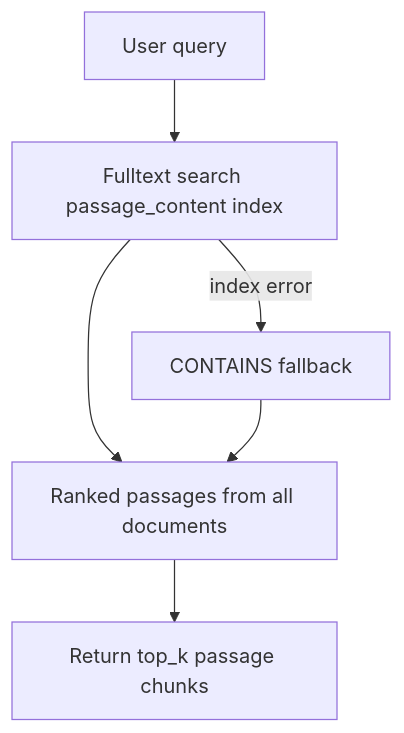
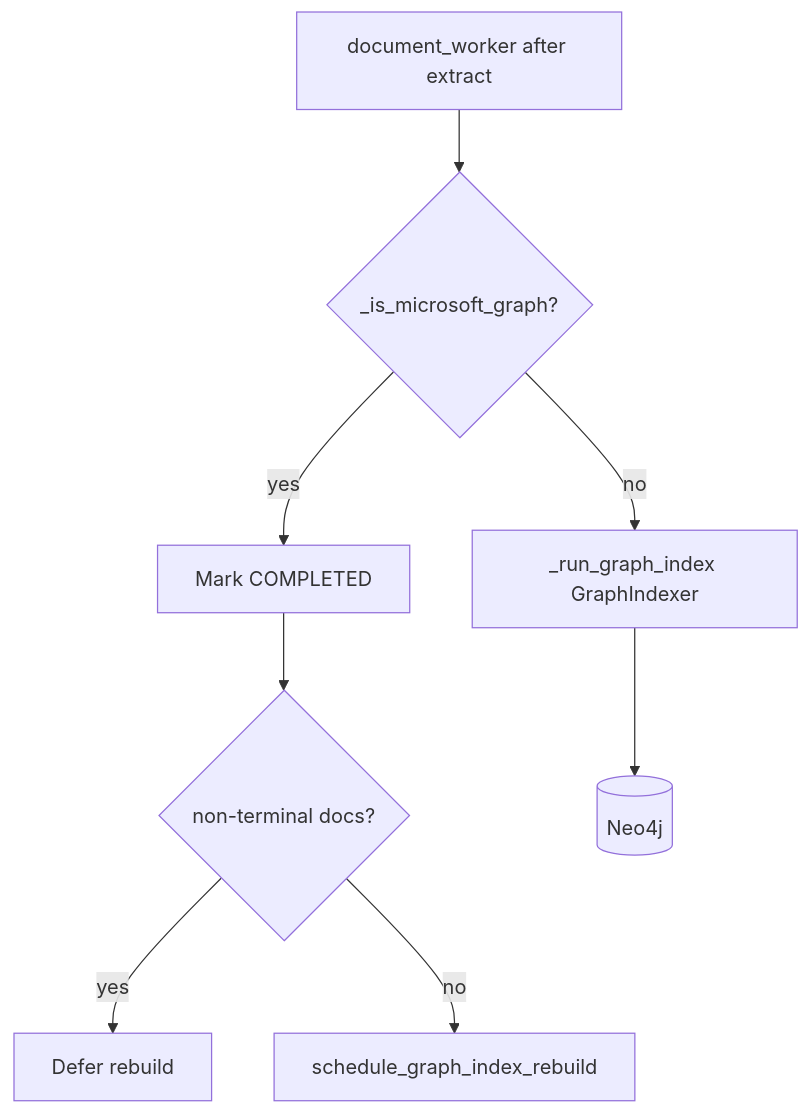
Before and after one commit to SKT27182/FlexSearch: the fifth of 5 diagrams in backend/docs/neo4j-graph-rag/README.md, drawn with Mermaid. The commit also changed other lines of this file and 165 other files, not shown here.

````diff
--- a/backend/docs/neo4j-graph-rag/README.md
+++ b/backend/docs/neo4j-graph-rag/README.md
@@ -665,8 +815,10 @@
 ```mermaid
 flowchart TD
-    Q[User query] --> FT[Fulltext search passage_content index]
-    FT -->|index error| C[CONTAINS fallback]
-    FT --> P[Ranked passages from all documents]
-    C --> P
-    P --> R[Return top_k passage chunks]
+  DW[document_worker after extract] --> MS{_is_microsoft_graph?}
+  MS -->|yes| Done[Mark COMPLETED]
+  Done --> Pending{non-terminal docs?}
+  Pending -->|yes| Defer[Defer rebuild]
+  Pending -->|no| Sched[schedule_graph_index_rebuild]
+  MS -->|no| GI[_run_graph_index GraphIndexer]
+  GI --> Neo[(Neo4j)]
 ```
````
